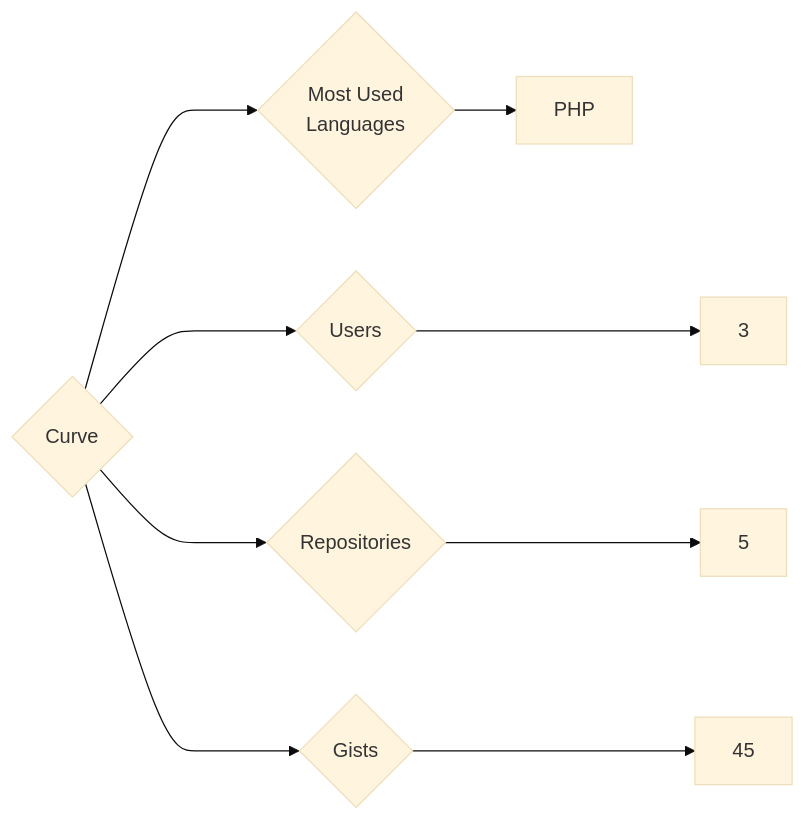
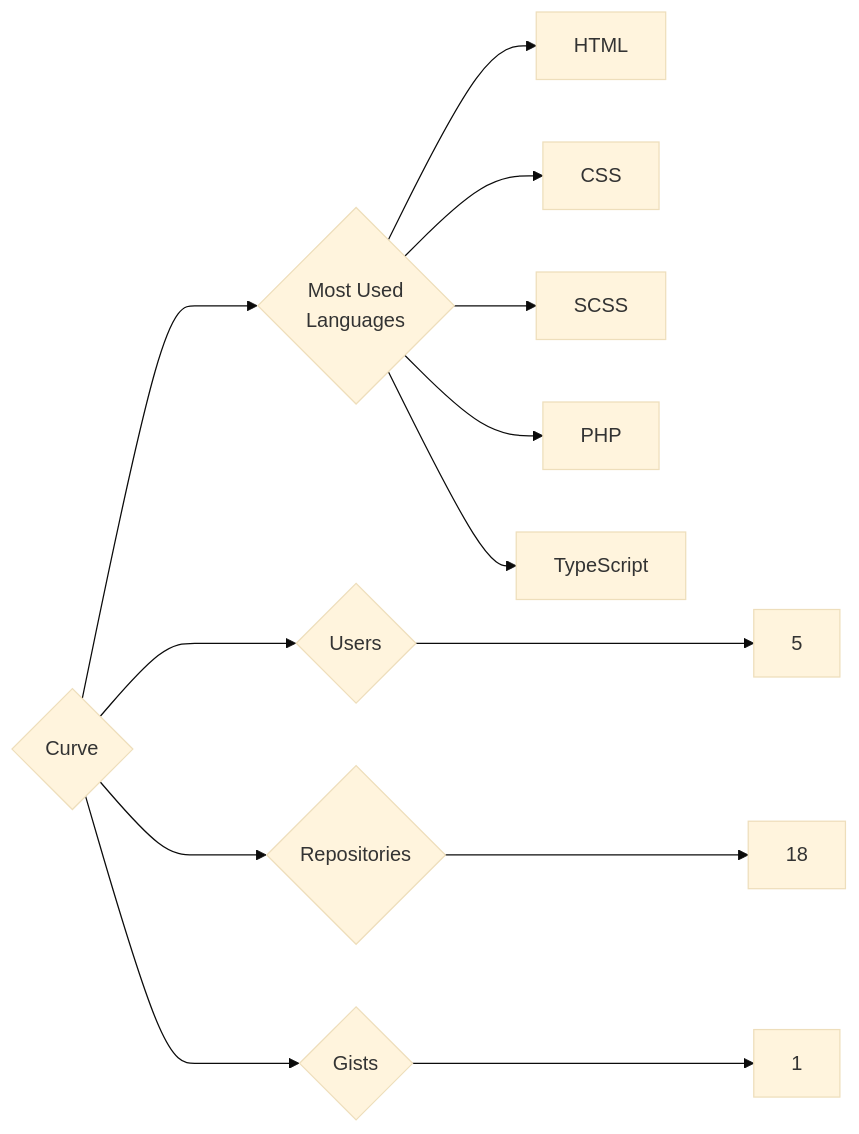
The diagram in targets/Curve/README.md (trickest/insiders), drawn with Mermaid (base theme) before and after one commit. The commit also changed 873 other files, not shown here.

````diff
--- a/targets/Curve/README.md
+++ b/targets/Curve/README.md
@@ -3,9 +3,13 @@
 ```mermaid
 graph LR
 COMPANY_NAME{Curve}
-COMPANY_NAME ---> U{Users} ---> UN[3]
-COMPANY_NAME ---> R{Repositories} ---> RN[5]
-COMPANY_NAME ---> G{Gists} ---> GN[45]
+COMPANY_NAME ---> U{Users} ---> UN[5]
+COMPANY_NAME ---> R{Repositories} ---> RN[18]
+COMPANY_NAME ---> G{Gists} ---> GN[1]
 COMPANY_NAME ---> ML{Most Used<br>Languages}
+ML --> HTML[HTML]
+ML --> CSS[CSS]
+ML --> SCSS[SCSS]
 ML --> PHP[PHP]
+ML --> TypeScript[TypeScript]
 ```
````
